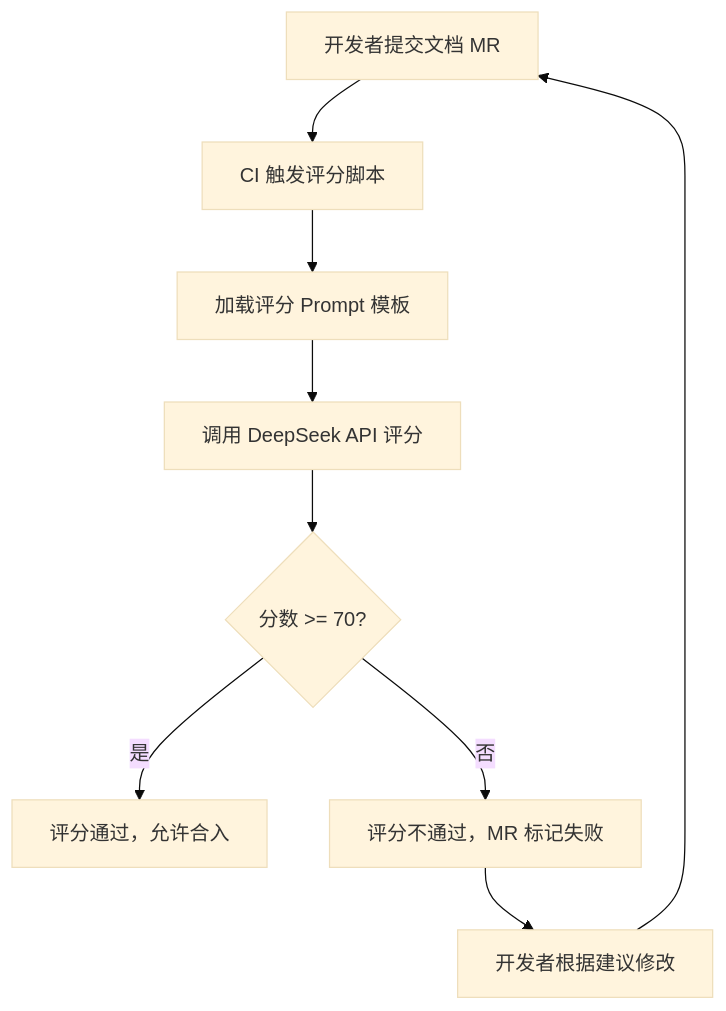
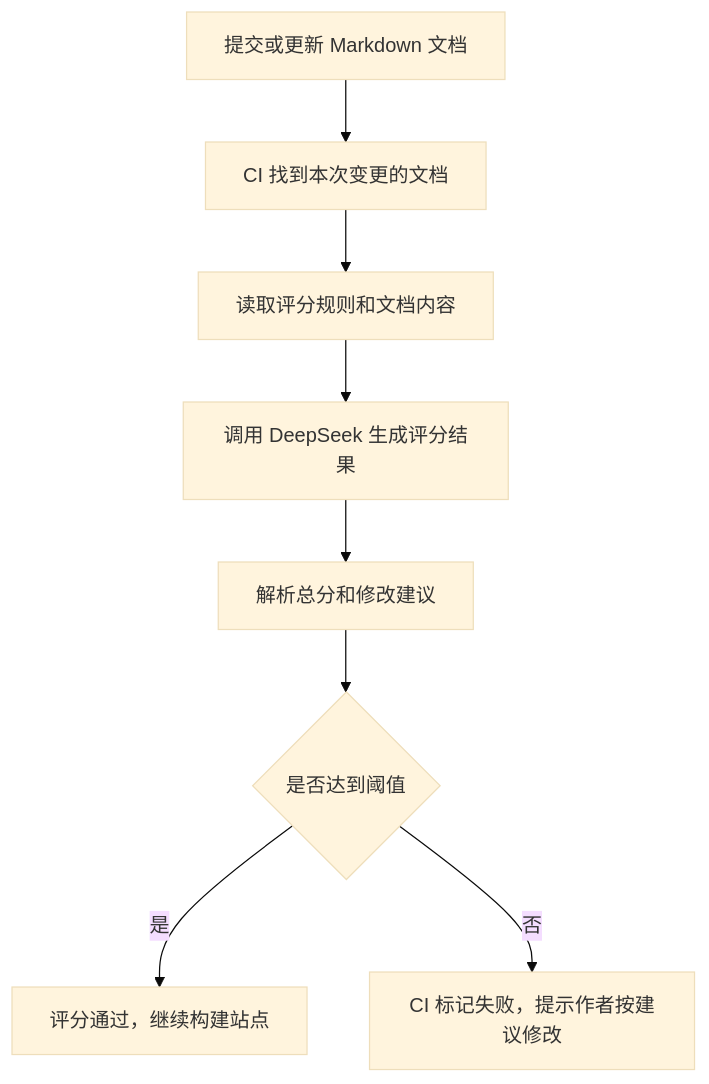
The diagram in blog/2026-07-10-doc-score.md (yjhiahiahia/my-docs-site), drawn with Mermaid (base theme) before and after one commit. The commit also changed other lines of this file and 14 other files, not shown here.

````diff
--- a/blog/2026-07-10-doc-score.md
+++ b/blog/2026-07-10-doc-score.md
@@ -18,11 +94,10 @@
 ```mermaid
 flowchart TD
-    A[开发者提交文档 MR] --> B[CI 触发评分脚本]
-    B --> C[加载评分 Prompt 模板]
-    C --> D[调用 DeepSeek API 评分]
-    D --> E{分数 >= 70?}
-    E -->|是| F[评分通过，允许合入]
-    E -->|否| G[评分不通过，MR 标记失败]
-    G --> H[开发者根据建议修改]
-    H --> A
+    A["提交或更新 Markdown 文档"] --> B["CI 找到本次变更的文档"]
+    B --> C["读取评分规则和文档内容"]
+    C --> D["调用 DeepSeek 生成评分结果"]
+    D --> E["解析总分和修改建议"]
+    E --> F{"是否达到阈值"}
+    F -->|是| G["评分通过，继续构建站点"]
+    F -->|否| H["CI 标记失败，提示作者按建议修改"]
 ```
````
